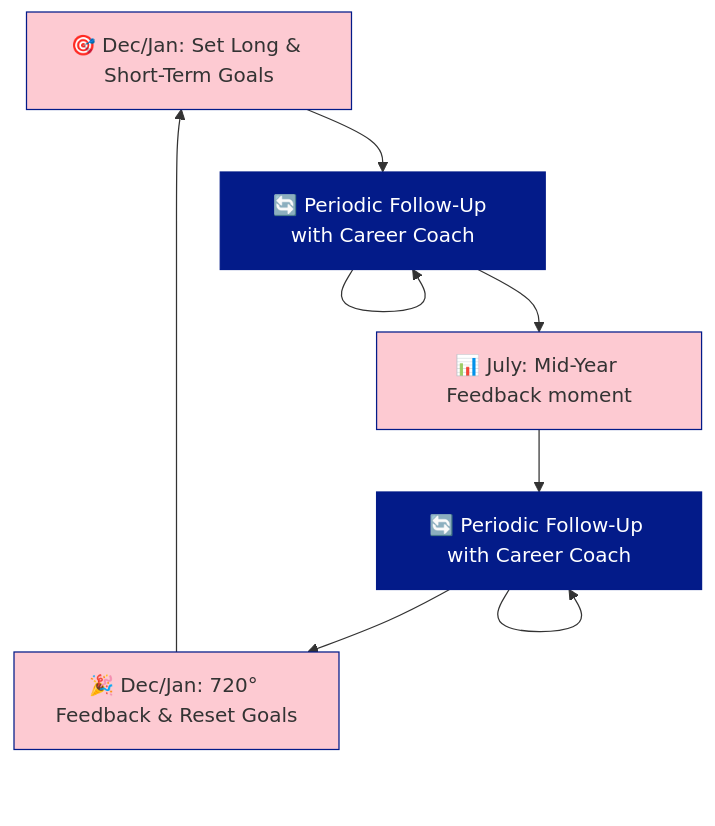
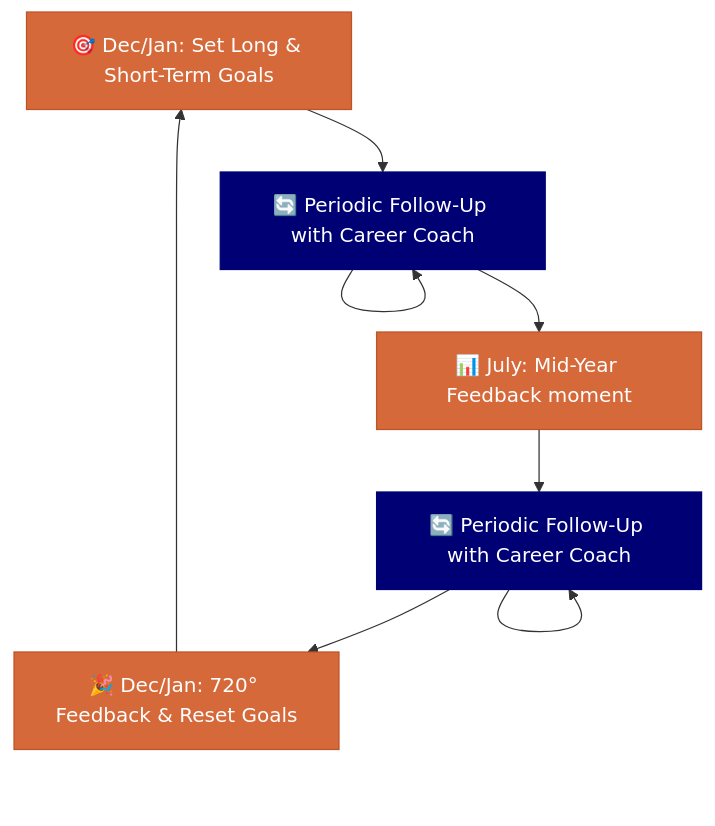
Before and after one commit to PlainsightPro/Vision-Playbook: the diagram in docs/people-ops/working/evolution-process.md, drawn with Mermaid. The commit also changed 5 other files, not shown here.

First line of the commit message:
Fix Mermaid diagram colors to match brand guidelines

````diff
--- a/docs/people-ops/working/evolution-process.md
+++ b/docs/people-ops/working/evolution-process.md
@@ -9,24 +9,24 @@
 ```mermaid
 ---
 config:
   theme: forest
   layout: elk
 ---
 
 graph TD;
     A[🎯 Dec/Jan: Set Long & Short-Term Goals]
     B[🔄 Periodic Follow-Up with Career Coach]
     C[📊 July: Mid-Year Feedback moment]
     D[🔄 Periodic Follow-Up with Career Coach]
     E[🎉 Dec/Jan: 720° Feedback & Reset Goals]
 
     A --> B --> C --> D --> E --> A
     B --> B
     D --> D
 
-    classDef pinkBox fill:#FDCAD2,stroke:#031B89,stroke-width:1px;
-    class A,C,D,E pinkBox;
+    classDef orangeBox fill:#D5693A,stroke:#BD5428,stroke-width:1px,color:#FFFFFF;
+    class A,C,D,E orangeBox;
 
-    classDef blueBox fill:#031B89,stroke:#031B89,stroke-width:1px,color:#FFFFFF;
+    classDef blueBox fill:#000075,stroke:#000075,stroke-width:1px,color:#FFFFFF;
     class B,D blueBox;
 ```
````
